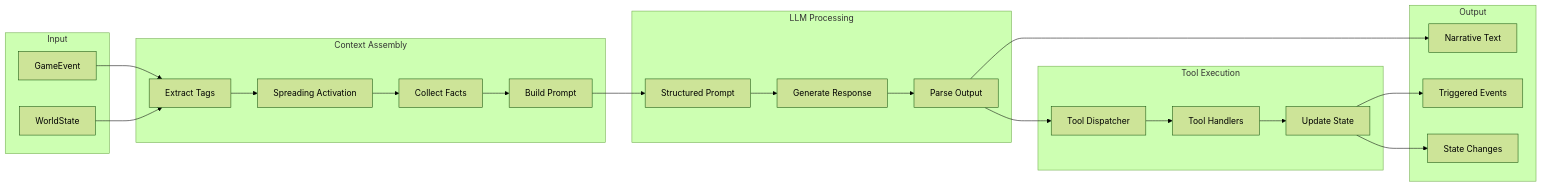
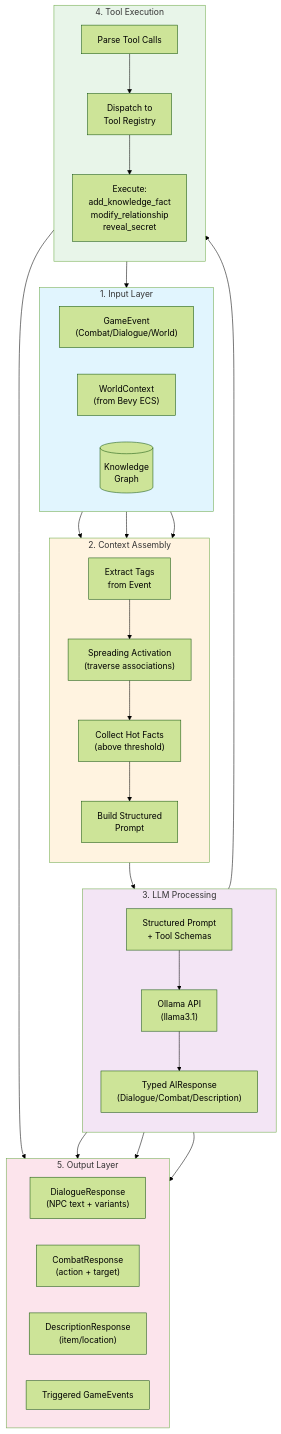
One commit to konard/uselessgoddess-cortex changed the eighth of 10 diagrams in ARCHITECTURE.md. Above: the diagram before and after it, drawn with Mermaid (forest theme). The commit also changed other lines of this file, not shown here.

First line of the commit message:
Address reviewer feedback: typed AI responses and improved diagrams

````diff
--- a/ARCHITECTURE.md
+++ b/ARCHITECTURE.md
@@ -2429,47 +2571,68 @@
 ```mermaid
-flowchart LR
-    subgraph Input
-        EVENT[GameEvent]
-        WORLD[WorldState]
+flowchart TB
+    subgraph Input["1. Input Layer"]
+        direction LR
+        EVENT["GameEvent<br/>(Combat/Dialogue/World)"]
+        WORLD["WorldContext<br/>(from Bevy ECS)"]
+        KB_IN[("Knowledge<br/>Graph")]
     end
 
-    subgraph "Context Assembly"
-        TAGS[Extract Tags]
-        SPREAD[Spreading Activation]
-        COLLECT[Collect Facts]
-        BUILD[Build Prompt]
+    subgraph Context["2. Context Assembly"]
+        direction TB
+        TAGS["Extract Tags<br/>from Event"]
+        SPREAD["Spreading Activation<br/>(traverse associations)"]
+        COLLECT["Collect Hot Facts<br/>(above threshold)"]
+        BUILD["Build Structured<br/>Prompt"]
+
+        TAGS --> SPREAD
+        SPREAD --> COLLECT
+        COLLECT --> BUILD
     end
 
-    subgraph "LLM Processing"
-        PROMPT[Structured Prompt]
-        GENERATE[Generate Response]
-        PARSE[Parse Output]
+    subgraph LLM["3. LLM Processing"]
+        direction TB
+        PROMPT["Structured Prompt<br/>+ Tool Schemas"]
+        OLLAMA["Ollama API<br/>(llama3.1)"]
+        RESPONSE["Typed AIResponse<br/>(Dialogue/Combat/Description)"]
+
+        PROMPT --> OLLAMA
+        OLLAMA --> RESPONSE
     end
 
-    subgraph "Tool Execution"
-        DISPATCH[Tool Dispatcher]
-        TOOLS[Tool Handlers]
-        UPDATE[Update State]
+    subgraph Tools["4. Tool Execution"]
+        direction TB
+        PARSE["Parse Tool Calls"]
+        DISPATCH["Dispatch to<br/>Tool Registry"]
+        EXEC["Execute:<br/>add_knowledge_fact<br/>modify_relationship<br/>reveal_secret"]
+
+        PARSE --> DISPATCH
+        DISPATCH --> EXEC
     end
 
-    subgraph Output
-        NARRATIVE[Narrative Text]
-        EVENTS[Triggered Events]
-        CHANGES[State Changes]
+    subgraph Output["5. Output Layer"]
+        direction LR
+        DIALOGUE["DialogueResponse<br/>(NPC text + variants)"]
+        COMBAT["CombatResponse<br/>(action + target)"]
+        DESC["DescriptionResponse<br/>(item/location)"]
+        EVENTS["Triggered GameEvents"]
     end
 
+    %% Main flow connections
     EVENT --> TAGS
-    WORLD --> TAGS
-    TAGS --> SPREAD
-    SPREAD --> COLLECT
-    COLLECT --> BUILD
+    WORLD --> BUILD
+    KB_IN --> SPREAD
     BUILD --> PROMPT
-    PROMPT --> GENERATE
-    GENERATE --> PARSE
-    PARSE --> DISPATCH
-    DISPATCH --> TOOLS
-    TOOLS --> UPDATE
-    PARSE --> NARRATIVE
-    UPDATE --> EVENTS
-    UPDATE --> CHANGES
+    RESPONSE --> PARSE
+    RESPONSE --> DIALOGUE
+    RESPONSE --> COMBAT
+    RESPONSE --> DESC
+    EXEC --> KB_IN
+    EXEC --> EVENTS
+
+    %% Styling
+    style Input fill:#e1f5fe
+    style Context fill:#fff3e0
+    style LLM fill:#f3e5f5
+    style Tools fill:#e8f5e9
+    style Output fill:#fce4ec
 ```
````
